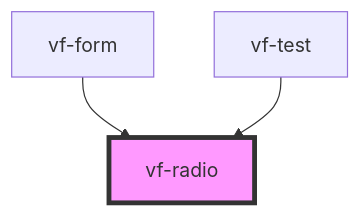
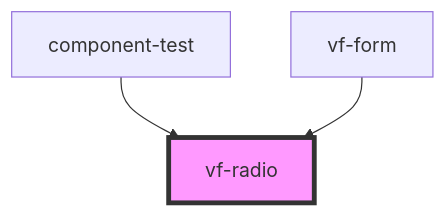
One commit to ols87/formable changed the diagram in src/components/radio/readme.md. Above: the diagram before and after it, drawn with Mermaid. The commit also changed other lines of this file and 28 other files, not shown here.

````diff
--- a/src/components/radio/readme.md
+++ b/src/components/radio/readme.md
@@ -32,6 +32,6 @@
 ```mermaid
 graph TD;
+  component-test --> vf-radio
   vf-form --> vf-radio
-  vf-test --> vf-radio
   style vf-radio fill:#f9f,stroke:#333,stroke-width:4px
 ```
````
